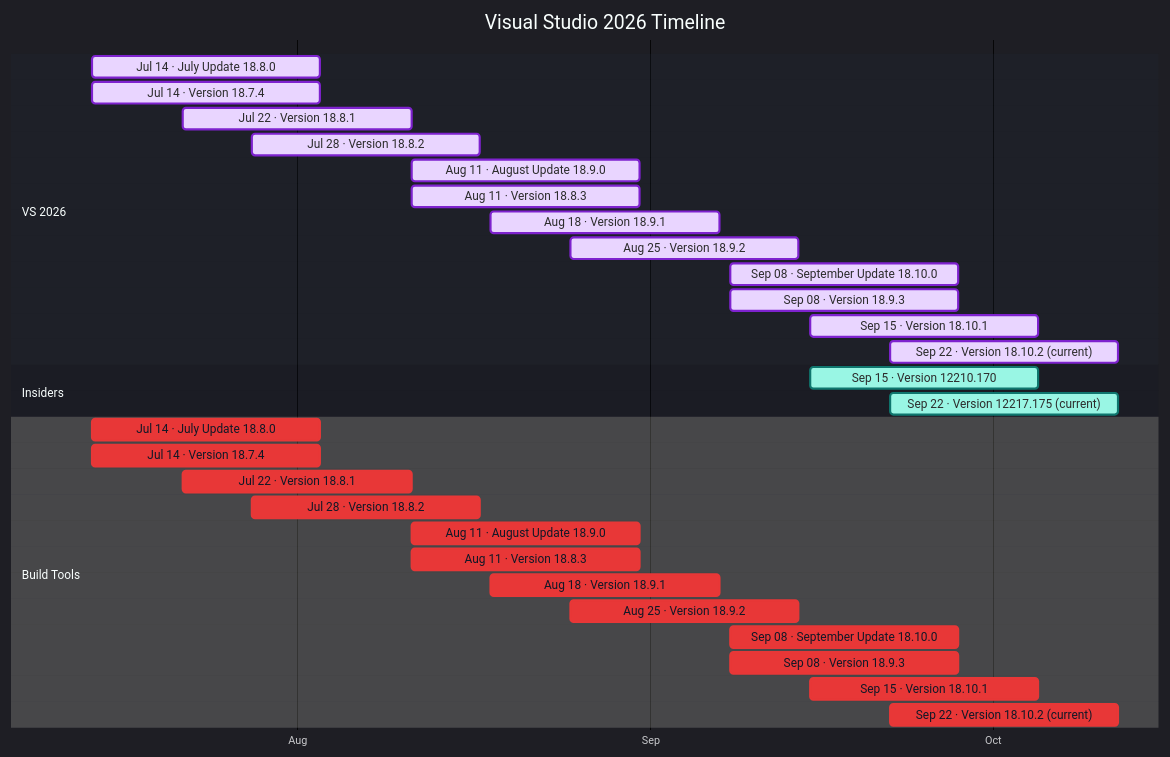
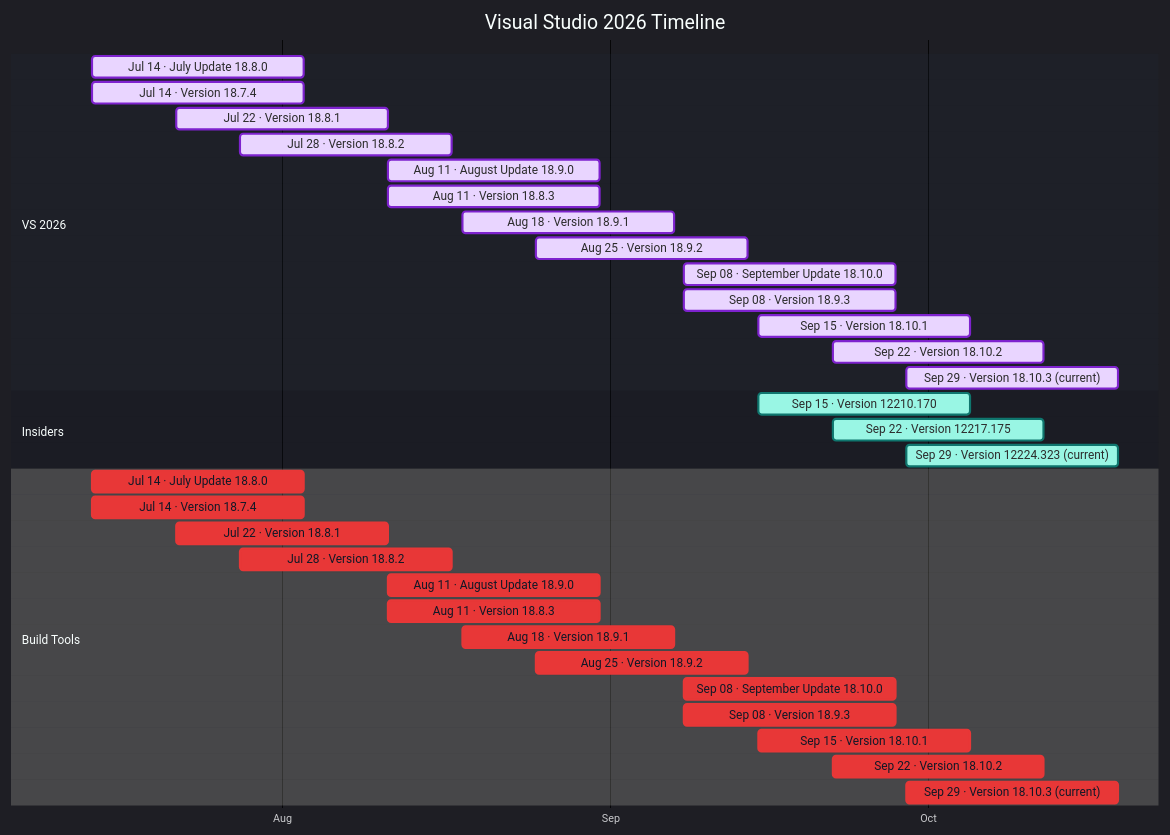
The diagram in docs/visual-studio-2026.md (Oxelya-DevTools/VisualStudioUpdate), drawn with Mermaid before and after one commit. The commit also changed other lines of this file and 3 other files, not shown here.

````diff
--- a/docs/visual-studio-2026.md
+++ b/docs/visual-studio-2026.md
@@ -9,37 +9,40 @@
 ```mermaid
 %%{init: {'theme':'dark','themeVariables': { 'fontFamily': 'Segoe UI', 'fontSize': '24px', 'textColor': '#F3F4F6', 'titleTextColor': '#FFFFFF', 'taskTextColor': '#111827', 'taskTextLightColor': '#111827', 'taskTextOutsideColor': '#F3F4F6', 'taskBkgColor': '#BAE6FD', 'taskBorderColor': '#0369A1', 'doneTaskBkgColor': '#E9D5FF', 'doneTaskBorderColor': '#7E22CE', 'activeTaskBkgColor': '#99F6E4', 'activeTaskBorderColor': '#0F766E', 'critTaskBkgColor': '#FED7AA', 'critTaskBorderColor': '#C2410C', 'sectionBkgColor': '#1F2937', 'altSectionBkgColor': '#111827', 'gridColor': '#4B5563', 'todayLineColor': '#F87171' }}}%%
 gantt
     title Visual Studio 2026 Timeline
     dateFormat  YYYY-MM-DD
     axisFormat  %b
     tickInterval 1month
     section VS 2026
     Jul 14 · July Update 18.8.0 : done, vs2026202607140, 2026-07-14, 20d
     Jul 14 · Version 18.7.4 : done, vs2026202607141, 2026-07-14, 20d
     Jul 22 · Version 18.8.1 : done, vs2026202607222, 2026-07-22, 20d
     Jul 28 · Version 18.8.2 : done, vs2026202607283, 2026-07-28, 20d
     Aug 11 · August Update 18.9.0 : done, vs2026202608114, 2026-08-11, 20d
     Aug 11 · Version 18.8.3 : done, vs2026202608115, 2026-08-11, 20d
     Aug 18 · Version 18.9.1 : done, vs2026202608186, 2026-08-18, 20d
     Aug 25 · Version 18.9.2 : done, vs2026202608257, 2026-08-25, 20d
     Sep 08 · September Update 18.10.0 : done, vs2026202609088, 2026-09-08, 20d
     Sep 08 · Version 18.9.3 : done, vs2026202609089, 2026-09-08, 20d
     Sep 15 · Version 18.10.1 : done, vs20262026091510, 2026-09-15, 20d
-    Sep 22 · Version 18.10.2 (current) : done, vs20262026092211, 2026-09-22, 20d
+    Sep 22 · Version 18.10.2 : done, vs20262026092211, 2026-09-22, 20d
+    Sep 29 · Version 18.10.3 (current) : done, vs20262026092912, 2026-09-29, 20d
     section Insiders
     Sep 15 · Version 12210.170 : active, insiders202609150, 2026-09-15, 20d
-    Sep 22 · Version 12217.175 (current) : active, insiders202609221, 2026-09-22, 20d
+    Sep 22 · Version 12217.175 : active, insiders202609221, 2026-09-22, 20d
+    Sep 29 · Version 12224.323 (current) : active, insiders202609292, 2026-09-29, 20d
     section Build Tools
     Jul 14 · July Update 18.8.0 : crit, buildtools202607140, 2026-07-14, 20d
     Jul 14 · Version 18.7.4 : crit, buildtools202607141, 2026-07-14, 20d
     Jul 22 · Version 18.8.1 : crit, buildtools202607222, 2026-07-22, 20d
     Jul 28 · Version 18.8.2 : crit, buildtools202607283, 2026-07-28, 20d
     Aug 11 · August Update 18.9.0 : crit, buildtools202608114, 2026-08-11, 20d
     Aug 11 · Version 18.8.3 : crit, buildtools202608115, 2026-08-11, 20d
     Aug 18 · Version 18.9.1 : crit, buildtools202608186, 2026-08-18, 20d
     Aug 25 · Version 18.9.2 : crit, buildtools202608257, 2026-08-25, 20d
     Sep 08 · September Update 18.10.0 : crit, buildtools202609088, 2026-09-08, 20d
     Sep 08 · Version 18.9.3 : crit, buildtools202609089, 2026-09-08, 20d
     Sep 15 · Version 18.10.1 : crit, buildtools2026091510, 2026-09-15, 20d
-    Sep 22 · Version 18.10.2 (current) : crit, buildtools2026092211, 2026-09-22, 20d
+    Sep 22 · Version 18.10.2 : crit, buildtools2026092211, 2026-09-22, 20d
+    Sep 29 · Version 18.10.3 (current) : crit, buildtools2026092912, 2026-09-29, 20d
 ```
````
